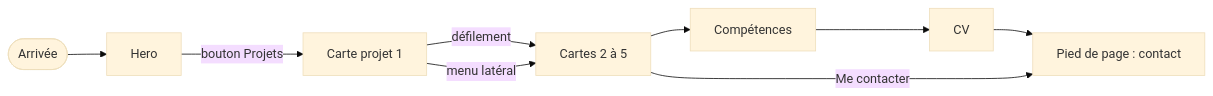
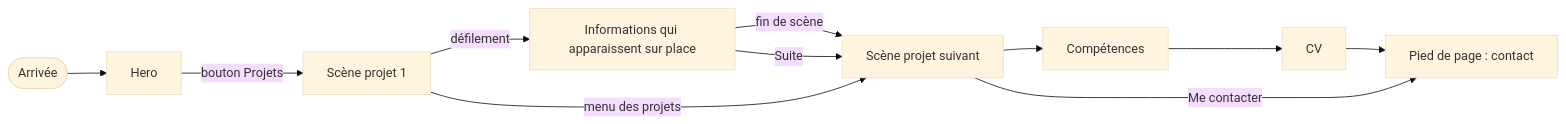
One commit to Korrighed/portfolio changed the second of 6 diagrams in docs/APP-FLOW.md. Above: the diagram before and after it, drawn with Mermaid (base theme). The commit also changed other lines of this file and 4 other files, not shown here.

````diff
--- a/docs/APP-FLOW.md
+++ b/docs/APP-FLOW.md
@@ -28,11 +38,13 @@
 ```mermaid
 flowchart LR
   A([Arrivée]) --> B["Hero"]
-  B -->|bouton Projets| C["Carte projet 1"]
-  C -->|défilement| D["Cartes 2 à 5"]
-  D --> E["Compétences"]
-  E --> F["CV"]
-  F --> G["Pied de page : contact"]
-  C -->|menu latéral| D
-  D -->|Me contacter| G
+  B -->|bouton Projets| C["Scène projet 1"]
+  C -->|défilement| D["Informations qui apparaissent sur place"]
+  D -->|fin de scène| E["Scène projet suivant"]
+  E --> F["Compétences"]
+  F --> G["CV"]
+  G --> H["Pied de page : contact"]
+  C -->|menu des projets| E
+  D -->|Suite| E
+  E -->|Me contacter| H
 ```
````
